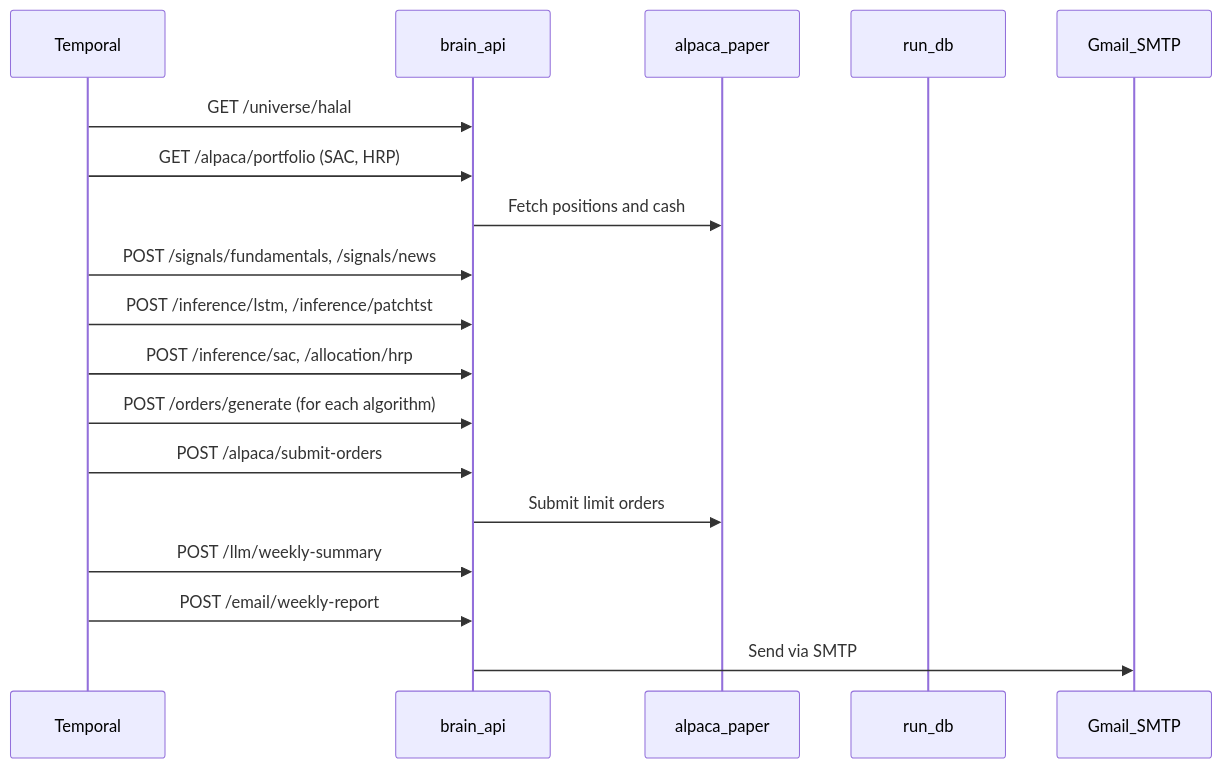
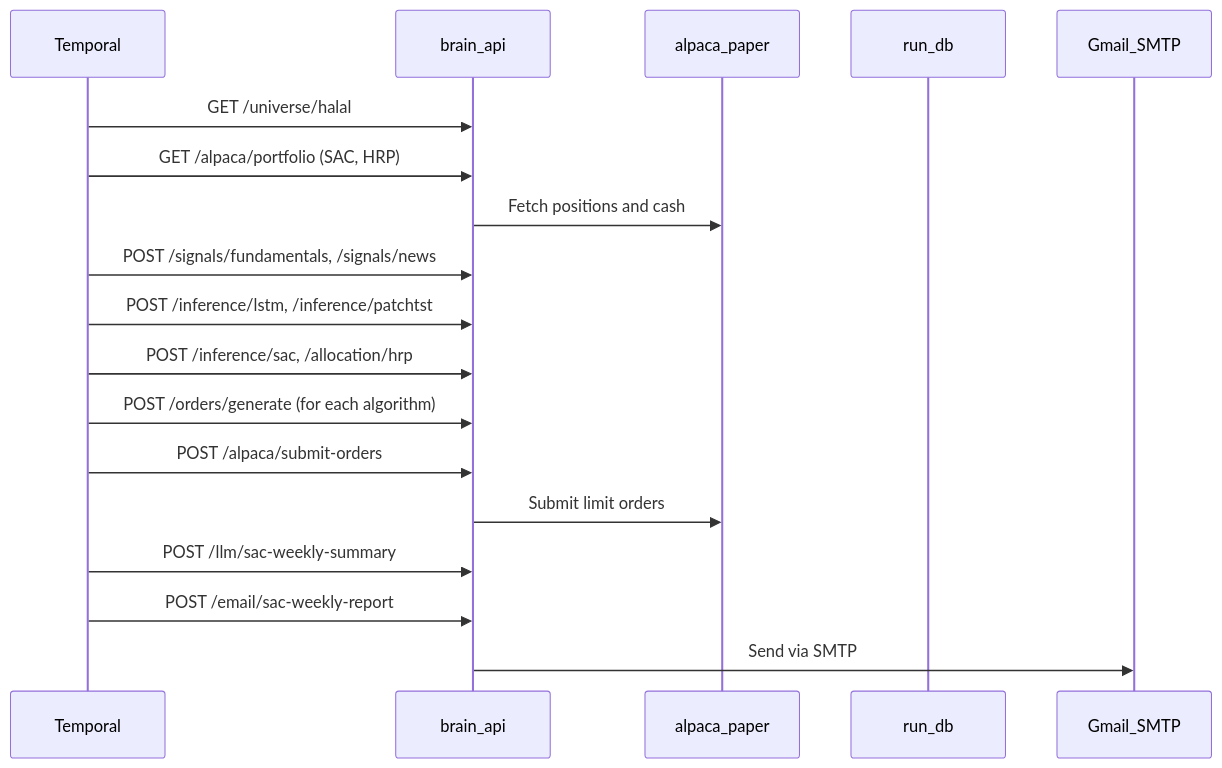
The second of 4 diagrams in README.md (hajirazin/LearnFinance-2025), drawn with Mermaid before and after one commit. The commit also changed other lines of this file and 23 other files, not shown here.

````diff
--- a/README.md
+++ b/README.md
@@ -217,21 +218,21 @@
 ```mermaid
 sequenceDiagram
   participant Temporal as Temporal
   participant Brain as brain_api
   participant Alpaca as alpaca_paper
   participant DB as run_db
   participant Email as Gmail_SMTP
 
   Temporal->>Brain: GET /universe/halal
   Temporal->>Brain: GET /alpaca/portfolio (SAC, HRP)
   Brain->>Alpaca: Fetch positions and cash
   Temporal->>Brain: POST /signals/fundamentals, /signals/news
   Temporal->>Brain: POST /inference/lstm, /inference/patchtst
   Temporal->>Brain: POST /inference/sac, /allocation/hrp
   Temporal->>Brain: POST /orders/generate (for each algorithm)
   Temporal->>Brain: POST /alpaca/submit-orders
   Brain->>Alpaca: Submit limit orders
-  Temporal->>Brain: POST /llm/weekly-summary
-  Temporal->>Brain: POST /email/weekly-report
+  Temporal->>Brain: POST /llm/sac-weekly-summary
+  Temporal->>Brain: POST /email/sac-weekly-report
   Brain->>Email: Send via SMTP
 ```
````
